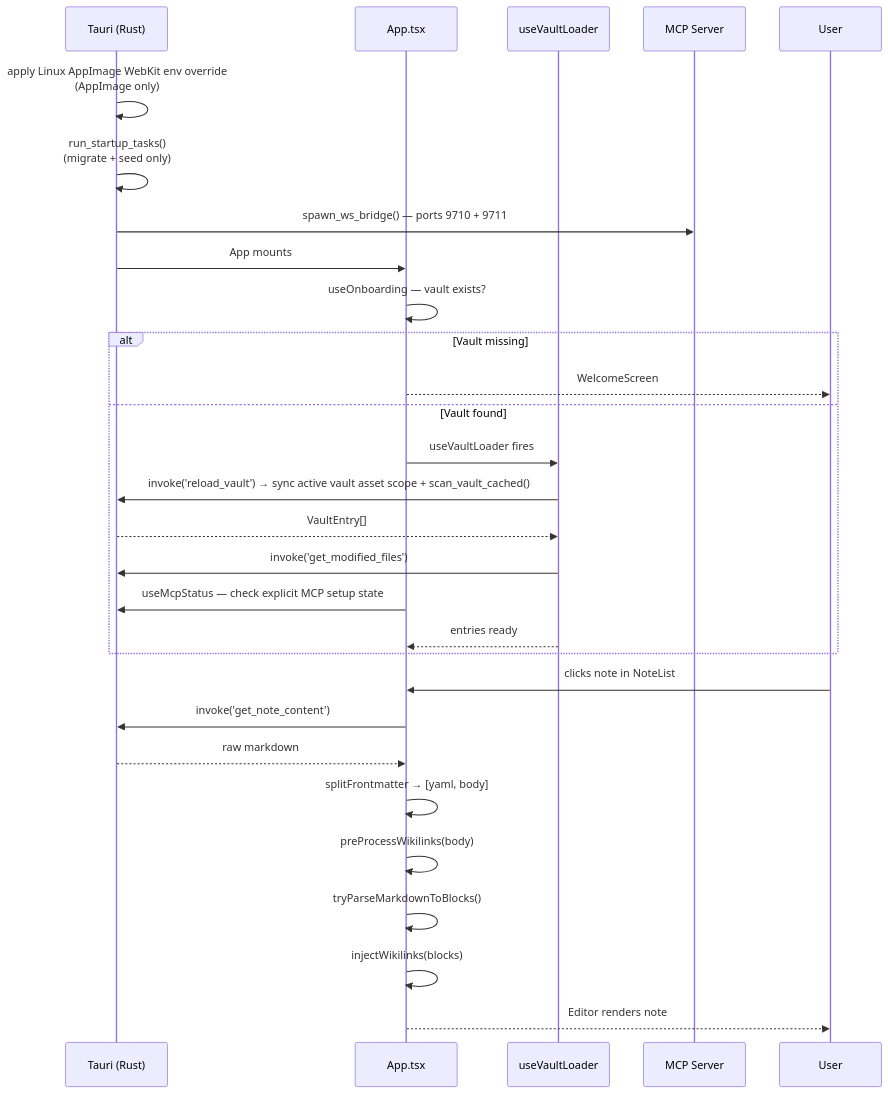
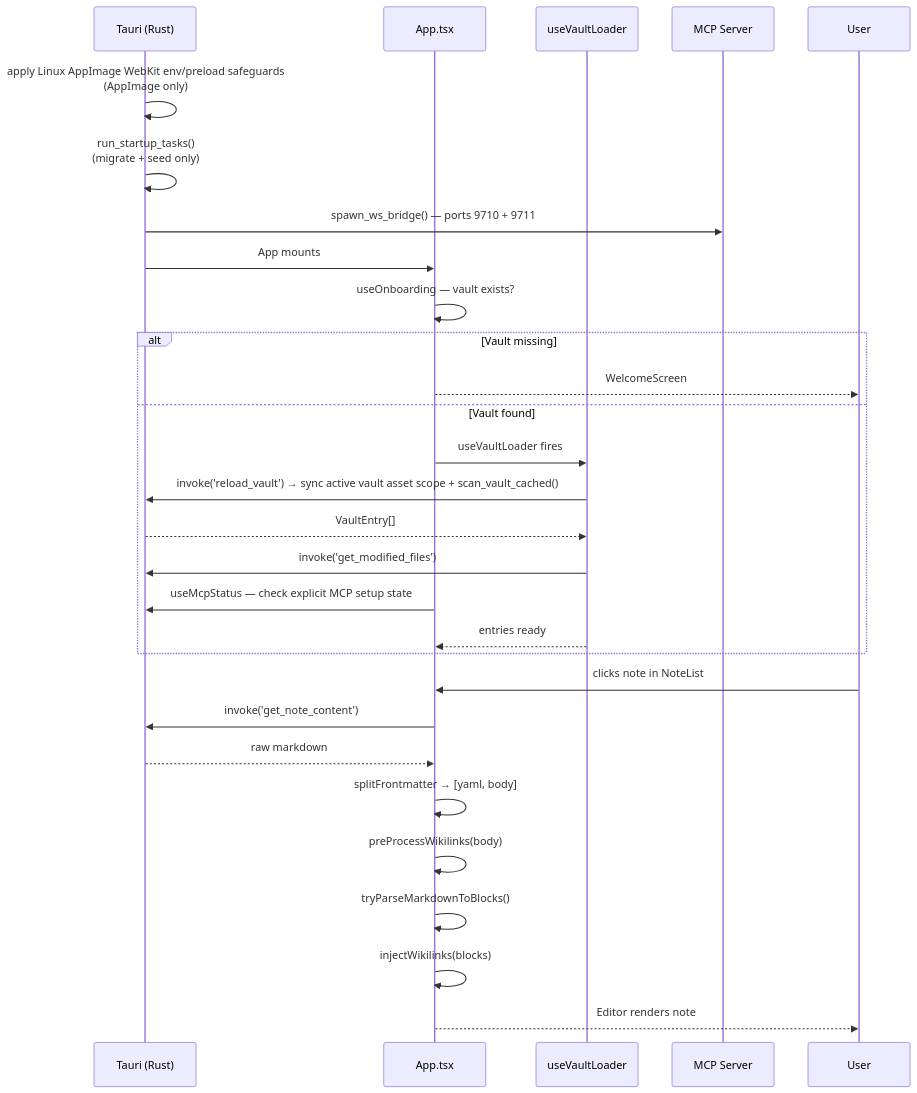
One commit to refactoringhq/laputa-app changed the seventh of 10 diagrams in docs/ARCHITECTURE.md. Above: the diagram before and after it, drawn with Mermaid. The commit also changed other lines of this file and 2 other files, not shown here.

Commit message:
fix: preload Wayland client for Linux AppImage

````diff
--- a/docs/ARCHITECTURE.md
+++ b/docs/ARCHITECTURE.md
@@ -516,34 +516,34 @@
 ```mermaid
 sequenceDiagram
     participant T as Tauri (Rust)
     participant A as App.tsx
     participant VL as useVaultLoader
     participant MCP as MCP Server
     participant U as User
 
-    T->>T: apply Linux AppImage WebKit env override<br/>(AppImage only)
+    T->>T: apply Linux AppImage WebKit env/preload safeguards<br/>(AppImage only)
     T->>T: run_startup_tasks()<br/>(migrate + seed only)
     T->>MCP: spawn_ws_bridge() — ports 9710 + 9711
     T->>A: App mounts
 
     A->>A: useOnboarding — vault exists?
     alt Vault missing
         A-->>U: WelcomeScreen
     else Vault found
         A->>VL: useVaultLoader fires
         VL->>T: invoke('reload_vault') → sync active vault asset scope + scan_vault_cached()
         T-->>VL: VaultEntry[]
         VL->>T: invoke('get_modified_files')
         A->>T: useMcpStatus — check explicit MCP setup state
         VL-->>A: entries ready
     end
 
     U->>A: clicks note in NoteList
     A->>T: invoke('get_note_content')
     T-->>A: raw markdown
     A->>A: splitFrontmatter → [yaml, body]
     A->>A: preProcessWikilinks(body)
     A->>A: tryParseMarkdownToBlocks()
     A->>A: injectWikilinks(blocks)
     A-->>U: Editor renders note
 ```
````
